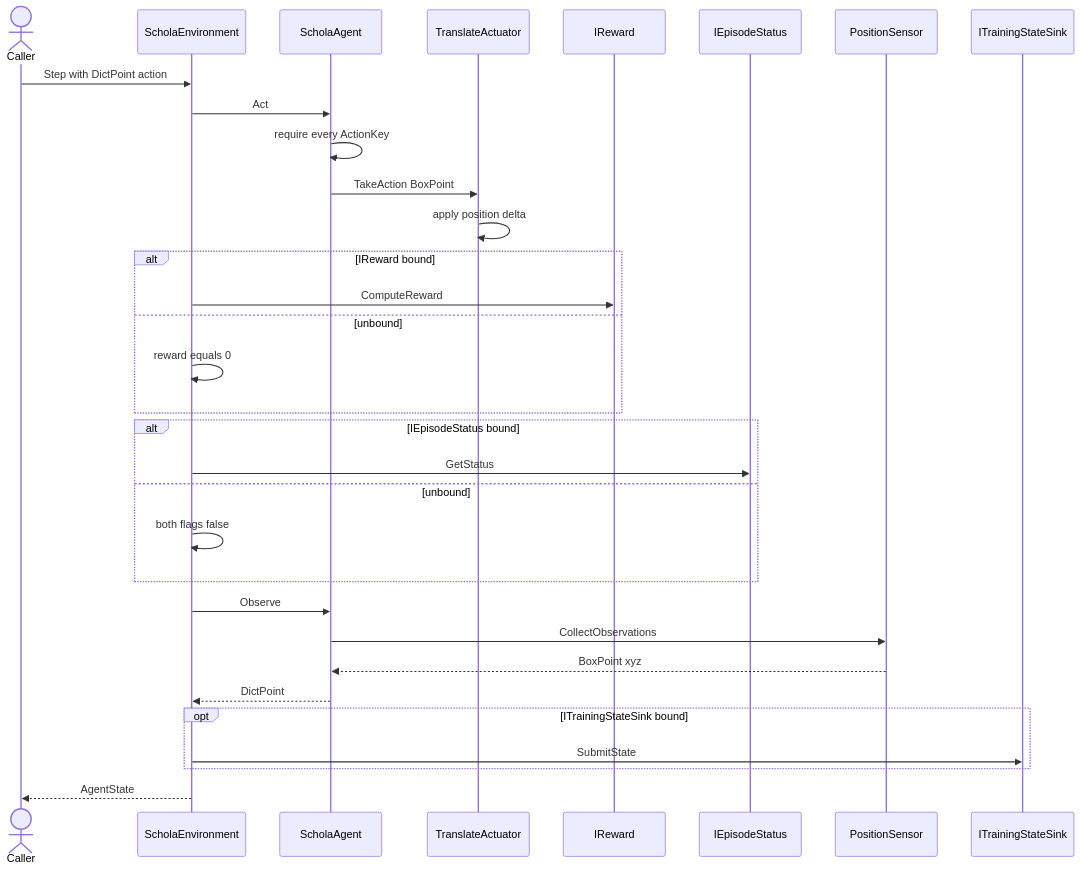
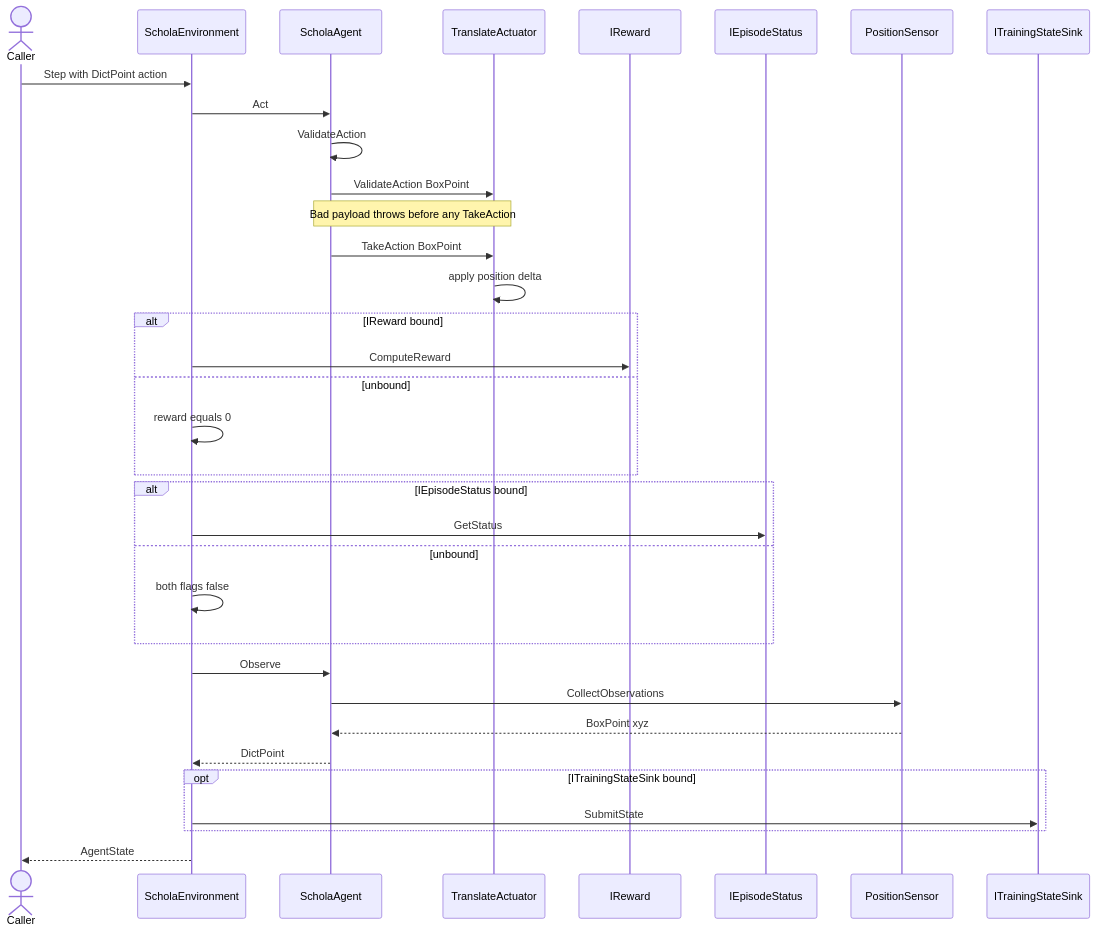
Before and after one commit to csc301-2026-f/11-AMD-Schola: the sixth of 17 diagrams in Unity/com.amd.schola/Documentation~/architecture/us1-us4-uml.md, drawn with Mermaid. The commit also changed other lines of this file, not shown here.

Commit message:
chore(us1-us4-uml.md): update UML diagram to reflect Multi Agent Environment functionality

````diff
--- a/Unity/com.amd.schola/Documentation~/architecture/us1-us4-uml.md
+++ b/Unity/com.amd.schola/Documentation~/architecture/us1-us4-uml.md
@@ -342,40 +362,42 @@
 ```mermaid
 sequenceDiagram
   actor Caller
   participant Env as ScholaEnvironment
   participant Agent as ScholaAgent
   participant Actuator as TranslateActuator
   participant Reward as IReward
   participant Status as IEpisodeStatus
   participant Sensor as PositionSensor
   participant Sink as ITrainingStateSink
 
   Caller ->> Env: Step with DictPoint action
   Env ->> Agent: Act
-  Agent ->> Agent: require every ActionKey
+  Agent ->> Agent: ValidateAction
+  Agent ->> Actuator: ValidateAction BoxPoint
+  Note over Agent,Actuator: Bad payload throws before any TakeAction
   Agent ->> Actuator: TakeAction BoxPoint
   Actuator ->> Actuator: apply position delta
 
   alt IReward bound
     Env ->> Reward: ComputeReward
   else unbound
     Env ->> Env: reward equals 0
   end
 
   alt IEpisodeStatus bound
     Env ->> Status: GetStatus
   else unbound
     Env ->> Env: both flags false
   end
 
   Env ->> Agent: Observe
   Agent ->> Sensor: CollectObservations
   Sensor -->> Agent: BoxPoint xyz
   Agent -->> Env: DictPoint
 
   opt ITrainingStateSink bound
     Env ->> Sink: SubmitState
   end
 
   Env -->> Caller: AgentState
 ```
````
